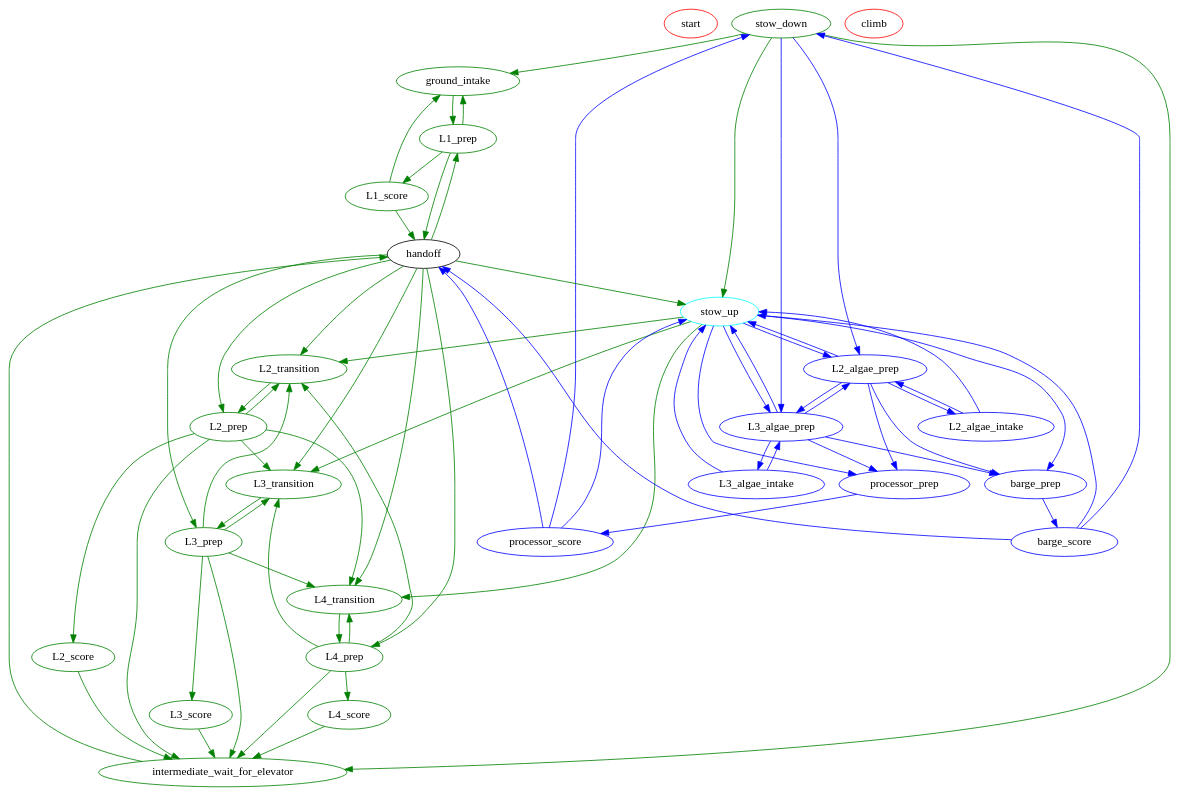
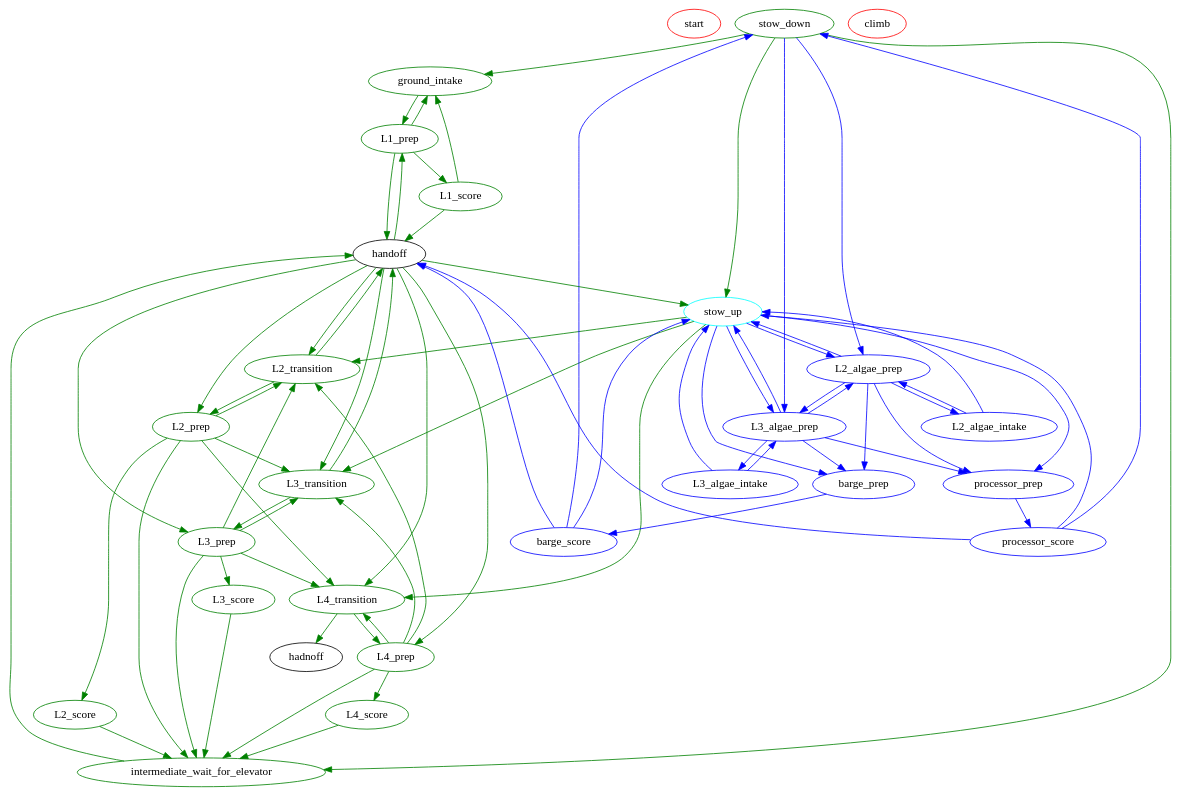
One commit to Team-190/2k25-Robot-Code changed the diagram in src/main/java/frc/robot/subsystems/v3_Epsilon/superstructure/Superstructure.dot. Above: the diagram before and after it, drawn with Graphviz. The commit also changed 4 other files, not shown here.

```diff
--- a/src/main/java/frc/robot/subsystems/v3_Epsilon/superstructure/Superstructure.dot
+++ b/src/main/java/frc/robot/subsystems/v3_Epsilon/superstructure/Superstructure.dot
@@ -1,145 +1,149 @@
 digraph Superstructure {
   /*
    * Graphviz DOT file for the superstructure state machine.
    * States are represented as nodes, and transitions are represented as edges.
   */
 
   // Node definitions
   start [color = red]
 
   stow_down [color = green]
 
   ground_intake [color = green]
 
   L1_score [color = green]
   L2_score [color = green]
   L3_score [color = green]
   L4_score [color = green]
   
   stow_up [color = cyan]
   
   L2_algae_prep [color = blue]
   L3_algae_prep [color = blue]
   
   L2_algae_intake [color = blue]
   L3_algae_intake [color = blue]
 
   barge_prep [color = blue]
   barge_score [color = blue]
   
   processor_prep [color = blue]
   processor_score [color = blue]
 
   # Prep states
   L1_prep [color = green]
   L2_prep [color = green]
   L3_prep [color = green]
   L4_prep [color = green]
 
   # Transition States
   L2_transition [color = green]
   L3_transition [color = green]
   L4_transition [color = green]
 
   climb [color = red]
   
   # Transition states are inherently wait_for_elevator states but for different levels
   intermediate_wait_for_elevator [color = green]
   
   # Basic Handoff Edges
   stow_down -> stow_up [color = green]
   handoff -> stow_up [color = green]
   
   stow_up -> L2_transition [color = green]
   stow_up -> L3_transition [color = green]
   stow_up -> L4_transition [color = green]
    
   # Coral Edges
   handoff -> L1_prep [color = green]
   handoff -> L2_transition [color = green]
   handoff -> L3_transition [color = green]
   handoff -> L4_transition [color = green]
+
+  L2_transition -> handoff [color = green]
+  L3_transition -> handoff [color = green]
+  L4_transition -> hadnoff [color = green]
   
   handoff -> L2_prep [color = green]
   handoff -> L3_prep [color = green]
   handoff -> L4_prep [color = green]
 
   stow_down -> intermediate_wait_for_elevator [color = green]
   intermediate_wait_for_elevator -> handoff [color = green]
   ground_intake -> L1_prep [color = green]
   stow_down -> ground_intake [color = green]
 
   L1_prep -> ground_intake [color = green]
 
   L1_prep -> L1_score [color = green]
   L2_prep -> L2_score [color = green]
   L3_prep -> L3_score [color = green]
   L4_prep -> L4_score [color = green]
 
   L2_prep -> intermediate_wait_for_elevator [color = green]
   L3_prep -> intermediate_wait_for_elevator [color = green]
   L4_prep -> intermediate_wait_for_elevator [color = green]
   
   L1_score -> ground_intake [color = green]
   L1_prep -> handoff [color = green]
   L1_score -> handoff [color = green]
     
   L2_score -> intermediate_wait_for_elevator [color = green]
   L3_score -> intermediate_wait_for_elevator [color = green]
   L4_score -> intermediate_wait_for_elevator [color = green]
 
   L2_prep -> L3_transition [color = green]
   L2_prep -> L4_transition [color = green]
   L3_prep -> L2_transition [color = green]
   L3_prep -> L4_transition [color = green]
   L4_prep -> L3_transition [color = green]
   L4_prep -> L2_transition [color = green]
 
   L2_transition -> L2_prep [color = green]
   L3_transition -> L3_prep [color = green]
   L4_transition -> L4_prep [color = green]
 
   L2_prep -> L2_transition [color = green]
   L3_prep -> L3_transition [color = green]
   L4_prep -> L4_transition [color = green]
   
   # Algae Edges
   stow_up -> L2_algae_prep [color = blue]
   stow_up -> L3_algae_prep [color = blue]
   stow_up -> barge_prep [color = blue]
   stow_up -> processor_prep [color = blue]
   
   stow_down -> L2_algae_prep [color = blue]
   stow_down -> L3_algae_prep [color = blue]
   
   L2_algae_prep -> barge_prep [color = blue]
   L3_algae_prep -> barge_prep [color = blue]
   
   L2_algae_prep -> processor_prep [color = blue]
   L3_algae_prep -> processor_prep [color = blue]
   
   L2_algae_prep -> stow_up [color = blue]
   L3_algae_prep -> stow_up [color = blue]
   
   L2_algae_prep -> L2_algae_intake [color = blue]
   L2_algae_intake -> L2_algae_prep [color = blue]
   L3_algae_intake -> L3_algae_prep [color = blue]
   L3_algae_prep -> L3_algae_intake [color = blue]
   
   L2_algae_intake -> stow_up [color = blue]
   L3_algae_intake -> stow_up [color = blue]
   
   barge_prep -> barge_score [color = blue]
   processor_prep -> processor_score [color = blue]
   
   processor_score -> stow_up [color = blue]
   processor_score -> stow_down [color = blue]
   processor_score -> handoff [color = blue]
   
   barge_score -> stow_up [color = blue]
   barge_score -> stow_down [color = blue]
   barge_score -> handoff [color = blue]
   
   L2_algae_prep -> L3_algae_prep [color = blue]
   L3_algae_prep -> L2_algae_prep [color = blue]
 }
```
